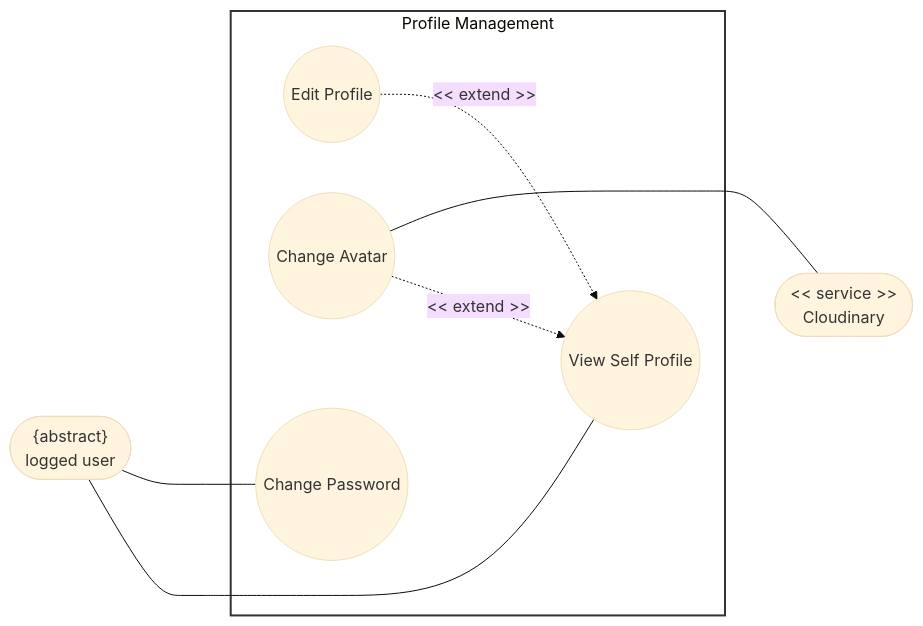
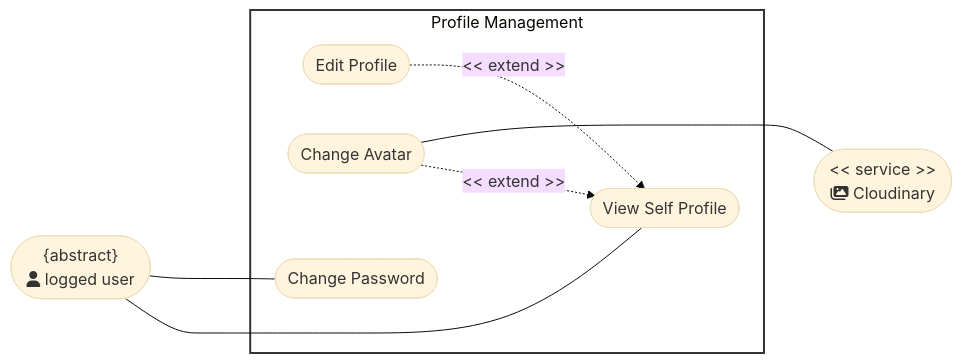
The third of 9 diagrams in docs/management/PA3/Use-CaseDiagram.md (DuyNhat1705/AmeThyst-Library), drawn with Mermaid (base theme) before and after one commit. The commit also changed other lines of this file, not shown here.

Commit message:
update icon for UC diagram

````diff
--- a/docs/management/PA3/Use-CaseDiagram.md
+++ b/docs/management/PA3/Use-CaseDiagram.md
@@ -108,28 +111,28 @@
 ```mermaid
 flowchart LR
     %% Actors
-    ActorLeft(["<center>{abstract} <br> logged user</center>"])
-    ActorRight(["<center>&lt&lt; service &gt&gt; <br> Cloudinary</center>"]) 
+    ActorLeft(["<center>{abstract} <br> fa:fa-user logged user</center>"])
+    ActorRight(["<center>&lt&lt; service &gt&gt; <br>fa:fa-images Cloudinary</center>"]) 
 
     %% System Boundary
     subgraph ProfileManagement [Profile Management]
-        UC1((View Self Profile))
-        UC2((Edit Profile))
-        UC3((Change Avatar))
-        UC4((Change Password))
+        UC1([View Self Profile])
+        UC2([Edit Profile])
+        UC3([Change Avatar])
+        UC4([Change Password])
     end
     
 	ActorLeft ~~~~~ ProfileManagement ~~~ ActorRight
 
     %% Relationships
     ActorLeft --- UC1
     ActorLeft --- UC4
     
     UC2 -. "<< extend >>" .-> UC1
     UC3 -. "<< extend >>" .-> UC1
     
     UC3  --- ActorRight 
    
     %% Styling to make it clean
     style ProfileManagement fill:#fff,stroke:#333,stroke-width:2px
 ```
````
